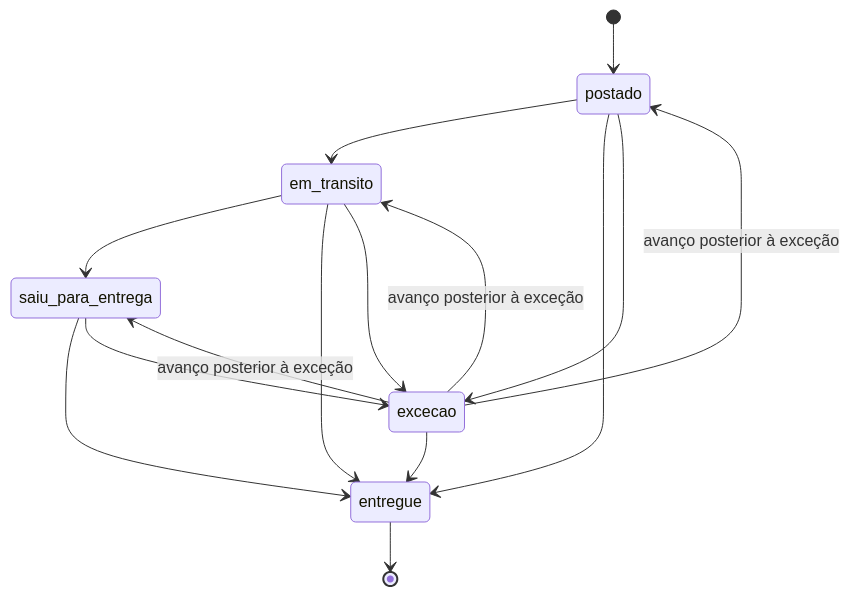
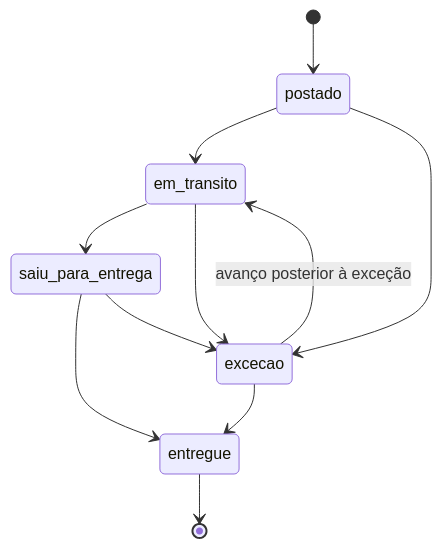
The diagram in README.md (pPeterle/conty-challenge-rastreio-produto), drawn with Mermaid before and after one commit. The commit also changed other lines of this file and 3 other files, not shown here.

````diff
--- a/README.md
+++ b/README.md
@@ -167,17 +129,13 @@
 ```mermaid
 stateDiagram-v2
     [*] --> postado
     postado --> em_transito
     em_transito --> saiu_para_entrega
     saiu_para_entrega --> entregue
-    postado --> entregue
-    em_transito --> entregue
     postado --> excecao
     em_transito --> excecao
     saiu_para_entrega --> excecao
-    excecao --> postado: avanço posterior à exceção
     excecao --> em_transito: avanço posterior à exceção
-    excecao --> saiu_para_entrega: avanço posterior à exceção
     excecao --> entregue
     entregue --> [*]
 ```
````
